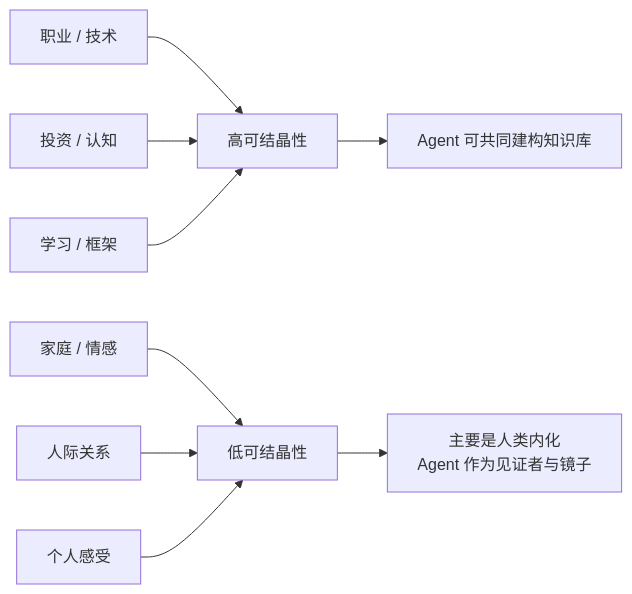
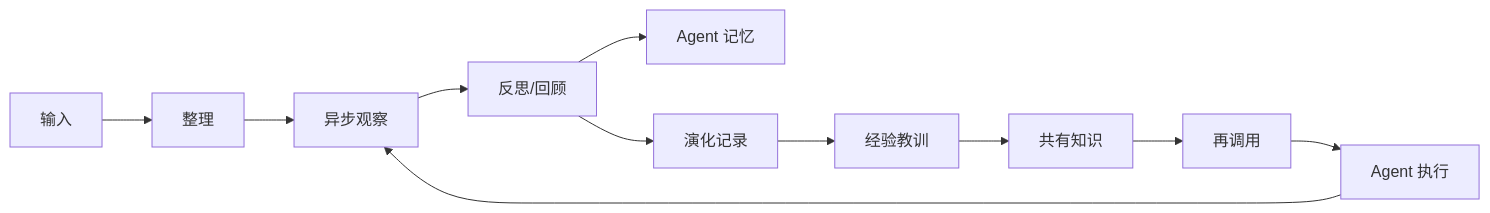
Before and after one commit to zhuxining/MindClaw: the diagram in docs/blueprint.md, drawn with Mermaid. The commit also changed other lines of this file and 5 other files, not shown here.

````diff
--- a/docs/blueprint.md
+++ b/docs/blueprint.md
@@ -48,11 +282,13 @@
 ```mermaid
-graph LR
-    A[职业 / 技术] --> E[高可结晶性]
-    B[投资 / 认知] --> E
-    C[学习 / 框架] --> E
-    D[家庭 / 情感] --> F[低可结晶性]
-    G[人际关系] --> F
-    H[个人感受] --> F
-    E --> I[Agent 可共同建构知识库]
-    F --> J[主要是人类内化<br>Agent 作为见证者与镜子]
+flowchart LR
+    I[输入] --> O[整理]
+    O --> A[异步观察]
+    A --> R[反思/回顾]
+    R --> M[Agent 记忆]
+    R --> T[演化记录]
+    T --> L[经验教训]
+    L --> K[共有知识]
+    K --> U[再调用]
+    U --> E[Agent 执行]
+    E --> A
 ```
````
